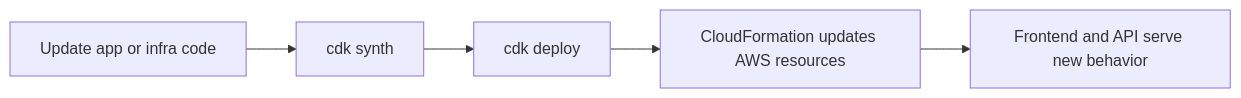
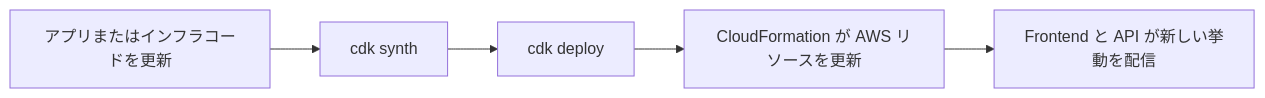
The second of 2 diagrams in infra/README.md (mani1261790/Noema), drawn with Mermaid before and after one commit. The commit also changed other lines of this file and 12 other files, not shown here.

````diff
--- a/infra/README.md
+++ b/infra/README.md
@@ -46,7 +46,7 @@
 ```mermaid
 flowchart LR
-  A["Update app or infra code"] --> B["cdk synth"]
+  A["アプリまたはインフラコードを更新"] --> B["cdk synth"]
   B --> C["cdk deploy"]
-  C --> D["CloudFormation updates AWS resources"]
-  D --> E["Frontend and API serve new behavior"]
+  C --> D["CloudFormation が AWS リソースを更新"]
+  D --> E["Frontend と API が新しい挙動を配信"]
 ```
````
